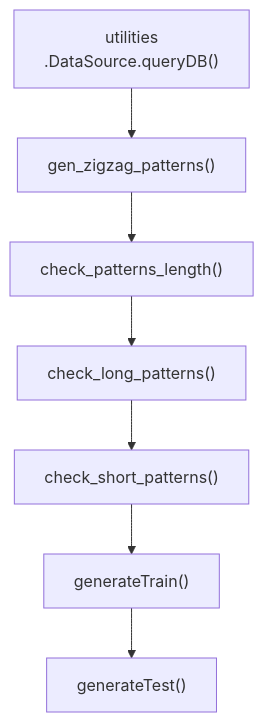
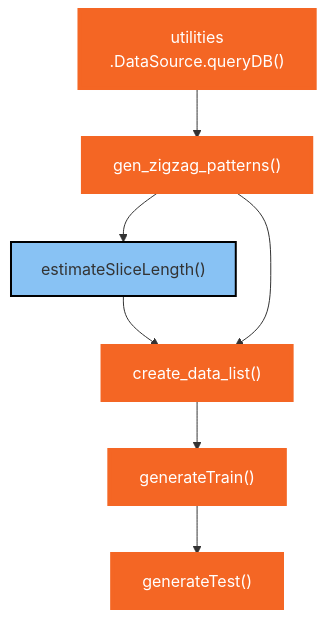
Before and after one commit to weip2008/LearnTorch: the second of 2 diagrams in gru/doc/gru.md, drawn with Mermaid. The commit also changed other lines of this file and 7 other files, not shown here.

````diff
--- a/gru/doc/gru.md
+++ b/gru/doc/gru.md
@@ -63,13 +63,19 @@
 ```mermaid
 graph TB
 
 load["utilities<br>.DataSource.queryDB()"]
 zigzag["gen_zigzag_patterns()"]
-pattern["check_patterns_length()"]
-long["check_long_patterns()"]
-short["check_short_patterns()"]
+slice["estimateSliceLength()"]
+list["create_data_list()"]
 train["generateTrain()"]
 test["generateTest()"]
 
-load --> zigzag --> pattern --> long --> short --> train --> test
+load --> zigzag --> slice--> list
+zigzag --> list--> train --> test
+
+classDef process fill:#F46624,stroke:#F46624,stroke-width:4px,color:white;
+classDef js fill:#88c2f4,stroke:black,stroke-width:2px;
+
+class load,zigzag,list,train,test process
+class slice js
 ```
````
